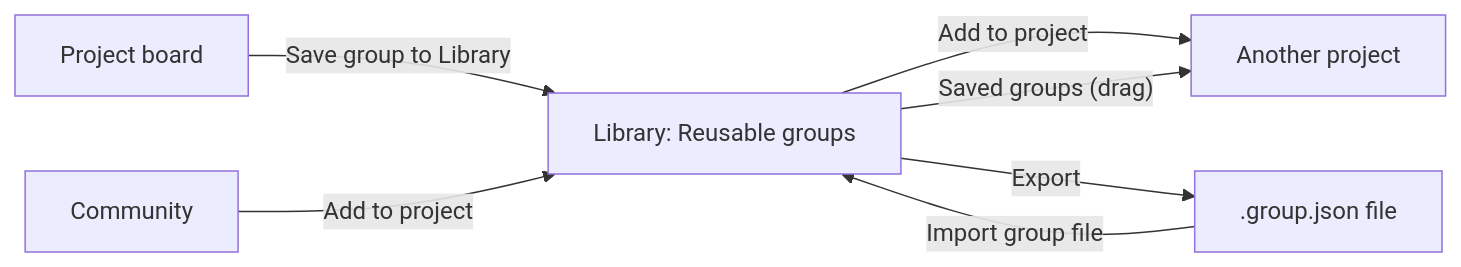
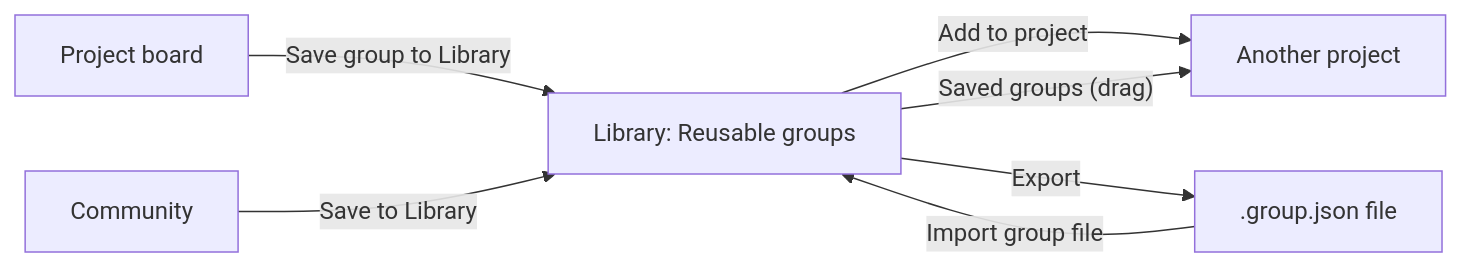
The diagram in docs-site/guides/groups.mdx (Sculptured/Sculptured), drawn with Mermaid before and after one commit. The commit also changed other lines of this file and 6 other files, not shown here.

Commit message:
Docs: Community inside Sculptured — tabs, profiles, Save to Library, publishing

````diff
--- a/docs-site/guides/groups.mdx
+++ b/docs-site/guides/groups.mdx
@@ -14,9 +14,9 @@
 ```mermaid
 flowchart LR
   B["Project board"] -- "Save group to Library" --> L["Library: Reusable groups"]
   L -- "Add to project" --> P["Another project"]
   L -- "Saved groups (drag)" --> P
   L -- "Export" --> F[".group.json file"]
   F -- "Import group file" --> L
-  C["Community"] -- "Add to project" --> L
+  C["Community"] -- "Save to Library" --> L
 ```
````
